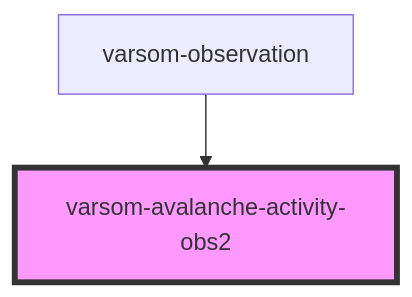
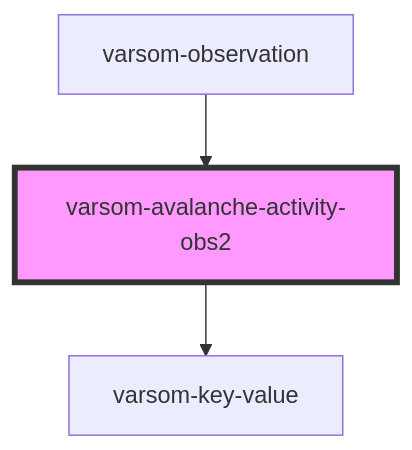
One commit to NVE/varsom-observation changed the diagram in observasjonskort/src/components/varsom-avalanche-activity-obs2/readme.md. Above: the diagram before and after it, drawn with Mermaid. The commit also changed other lines of this file and 4 other files, not shown here.

Commit message:
refactored avalanche activity obs 2

````diff
--- a/observasjonskort/src/components/varsom-avalanche-activity-obs2/readme.md
+++ b/observasjonskort/src/components/varsom-avalanche-activity-obs2/readme.md
@@ -42,5 +46,6 @@
 ```mermaid
 graph TD;
+  varsom-avalanche-activity-obs2 --> varsom-key-value
   varsom-observation --> varsom-avalanche-activity-obs2
   style varsom-avalanche-activity-obs2 fill:#f9f,stroke:#333,stroke-width:4px
 ```
````
